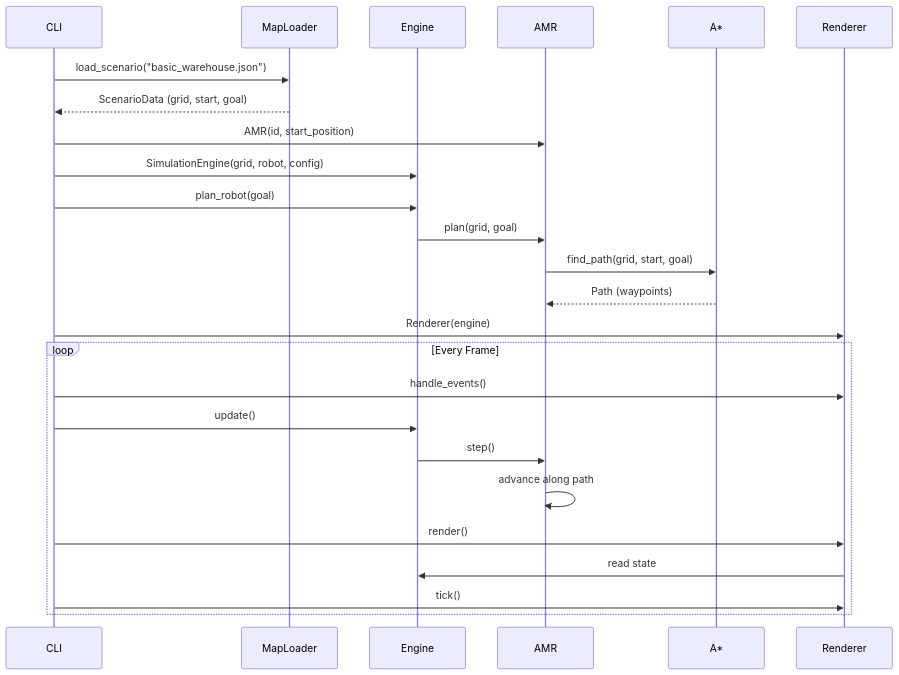
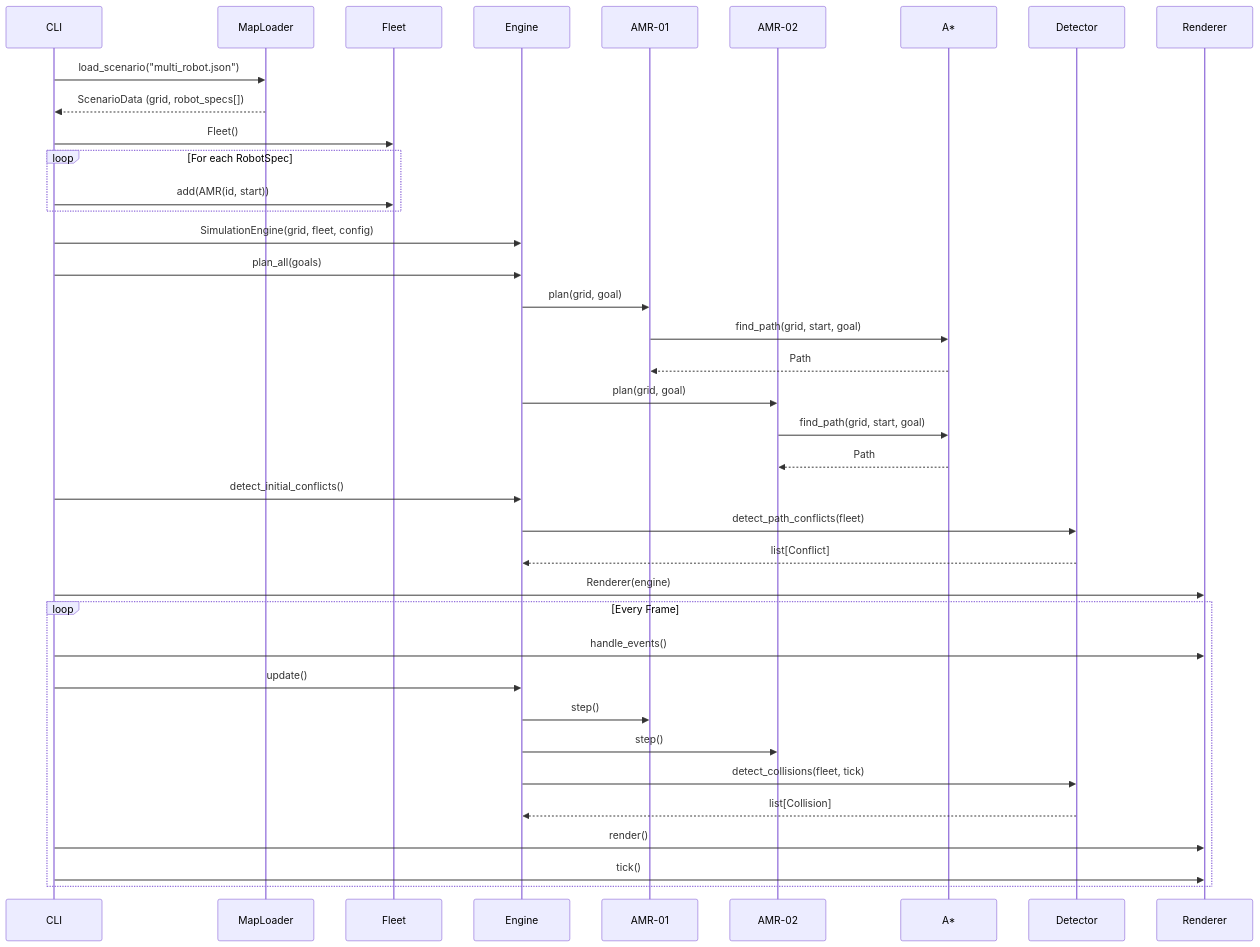
One commit to KuberTheGreat/SwarmOS changed the second of 4 diagrams in docs/architecture.md. Above: the diagram before and after it, drawn with Mermaid. The commit also changed other lines of this file and 17 other files, not shown here.

Commit message:
Phase 2: Multi-AMR simulation and conflict detection

````diff
--- a/docs/architecture.md
+++ b/docs/architecture.md
@@ -93,32 +121,46 @@
 ```mermaid
 sequenceDiagram
     participant CLI
     participant Loader as MapLoader
+    participant Fleet
     participant Engine
-    participant AMR
+    participant AMR1 as AMR-01
+    participant AMR2 as AMR-02
     participant Planner as A*
+    participant Detector
     participant Renderer
 
-    CLI->>Loader: load_scenario("basic_warehouse.json")
-    Loader-->>CLI: ScenarioData (grid, start, goal)
+    CLI->>Loader: load_scenario("multi_robot.json")
+    Loader-->>CLI: ScenarioData (grid, robot_specs[])
 
-    CLI->>AMR: AMR(id, start_position)
-    CLI->>Engine: SimulationEngine(grid, robot, config)
+    CLI->>Fleet: Fleet()
+    loop For each RobotSpec
+        CLI->>Fleet: add(AMR(id, start))
+    end
 
-    CLI->>Engine: plan_robot(goal)
-    Engine->>AMR: plan(grid, goal)
-    AMR->>Planner: find_path(grid, start, goal)
-    Planner-->>AMR: Path (waypoints)
+    CLI->>Engine: SimulationEngine(grid, fleet, config)
+    CLI->>Engine: plan_all(goals)
+    Engine->>AMR1: plan(grid, goal)
+    AMR1->>Planner: find_path(grid, start, goal)
+    Planner-->>AMR1: Path
+    Engine->>AMR2: plan(grid, goal)
+    AMR2->>Planner: find_path(grid, start, goal)
+    Planner-->>AMR2: Path
+
+    CLI->>Engine: detect_initial_conflicts()
+    Engine->>Detector: detect_path_conflicts(fleet)
+    Detector-->>Engine: list[Conflict]
 
     CLI->>Renderer: Renderer(engine)
 
     loop Every Frame
         CLI->>Renderer: handle_events()
         CLI->>Engine: update()
-        Engine->>AMR: step()
-        AMR->>AMR: advance along path
+        Engine->>AMR1: step()
+        Engine->>AMR2: step()
+        Engine->>Detector: detect_collisions(fleet, tick)
+        Detector-->>Engine: list[Collision]
         CLI->>Renderer: render()
-        Renderer->>Engine: read state
         CLI->>Renderer: tick()
     end
 ```
````
